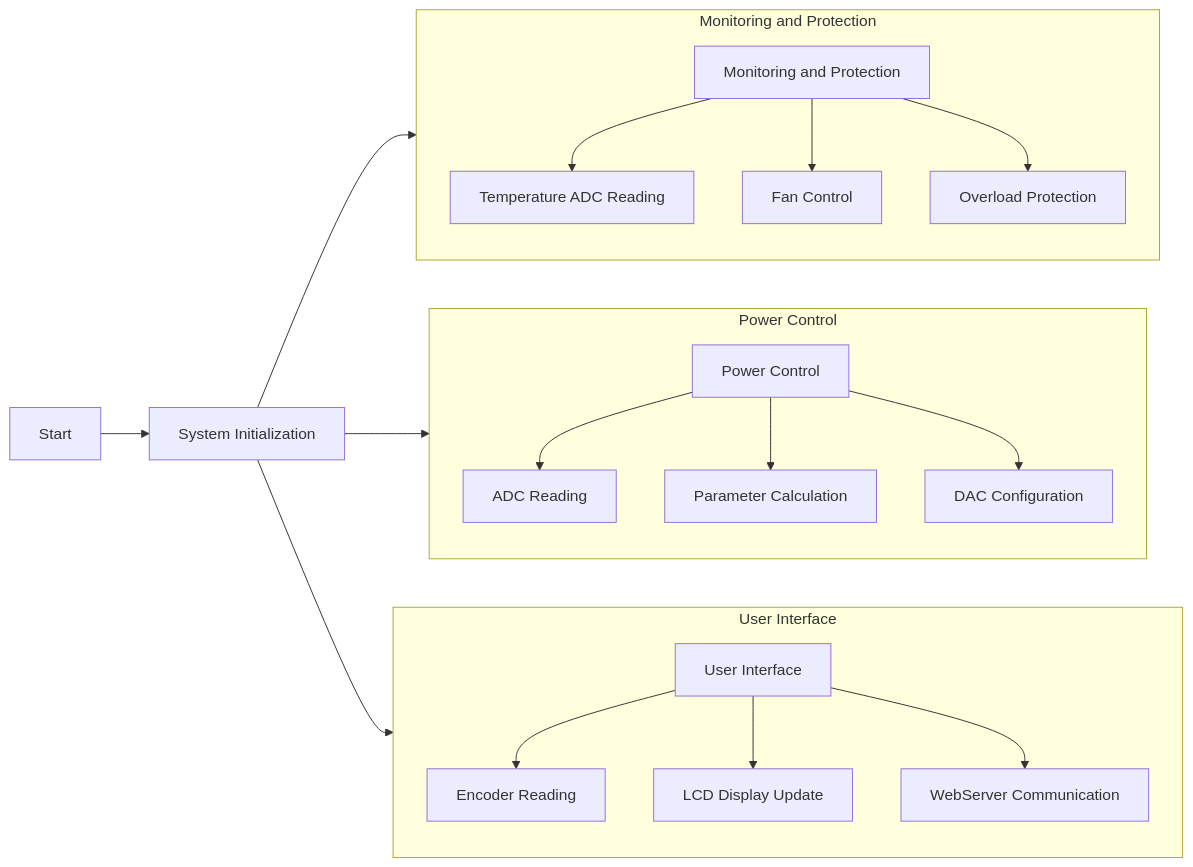
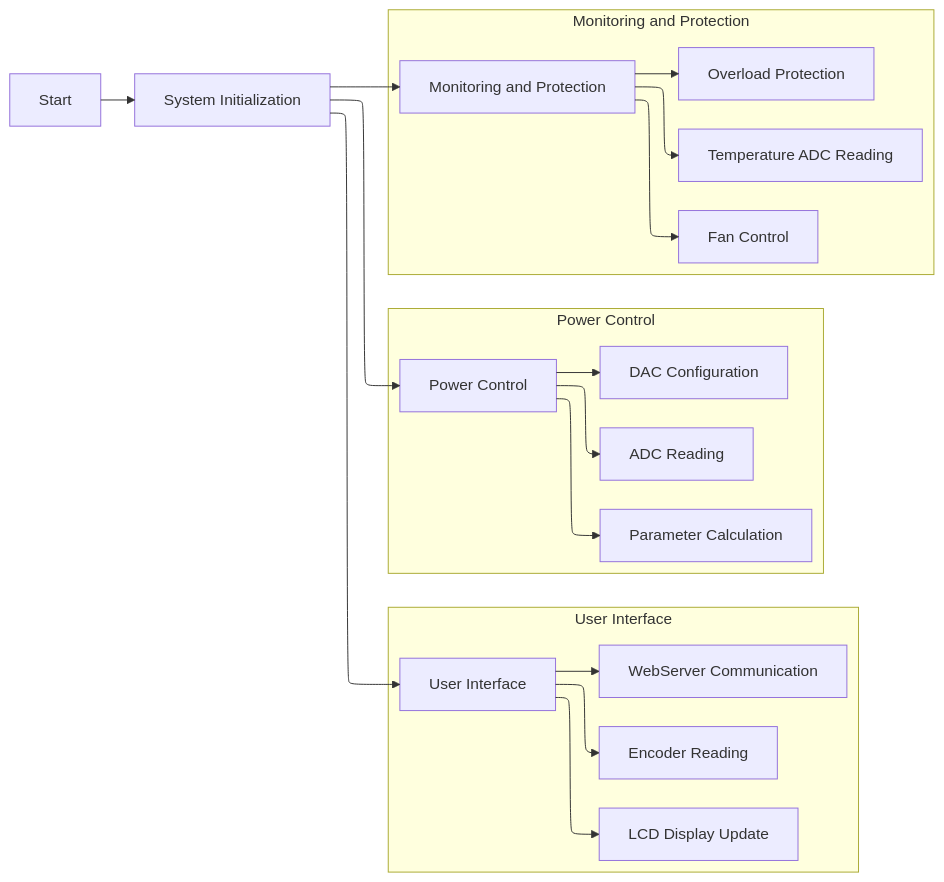
One commit to lucas-vidmar/electronic-load changed the first of 3 diagrams in docs/index.md. Above: the diagram before and after it, drawn with Mermaid. The commit also changed other lines of this file, not shown here.

Commit message:
trying elk

```diff
--- a/docs/index.md
+++ b/docs/index.md
@@ -35,29 +35,31 @@
-<div class="mermaid">
-flowchart LR
- subgraph subGraph0["User Interface"]
-    direction TB
-        C1["Encoder Reading"]
-        C["User Interface"]
-        C2["LCD Display Update"]
-        C3["WebServer Communication"]
-  end
- subgraph subGraph1["Power Control"]
-    direction TB
-        D1["ADC Reading"]
-        D["Power Control"]
-        D2["Parameter Calculation"]
-        D3["DAC Configuration"]
-  end
- subgraph subGraph2["Monitoring and Protection"]
-    direction TB
-        E1["Temperature ADC Reading"]
-        E["Monitoring and Protection"]
-        E2["Fan Control"]
-        E3["Overload Protection"]
-  end
-    A["Start"] --> B["System Initialization"]
-    B --> C & D & E
-    C --> C1 & C2 & C3
-    D --> D1 & D2 & D3
-    E --> E1 & E2 & E3
-</div>
+<pre class="mermaid">
+  %%{ init: { "flowchart": { "defaultRenderer": "elk" } } }%%
+
+  flowchart LR
+  subgraph subGraph0["User Interface"]
+      direction TB
+          C1["Encoder Reading"]
+          C["User Interface"]
+          C2["LCD Display Update"]
+          C3["WebServer Communication"]
+    end
+  subgraph subGraph1["Power Control"]
+      direction TB
+          D1["ADC Reading"]
+          D["Power Control"]
+          D2["Parameter Calculation"]
+          D3["DAC Configuration"]
+    end
+  subgraph subGraph2["Monitoring and Protection"]
+      direction TB
+          E1["Temperature ADC Reading"]
+          E["Monitoring and Protection"]
+          E2["Fan Control"]
+          E3["Overload Protection"]
+    end
+      A["Start"] --> B["System Initialization"]
+      B --> C & D & E
+      C --> C1 & C2 & C3
+      D --> D1 & D2 & D3
+      E --> E1 & E2 & E3
+</pre>
```
